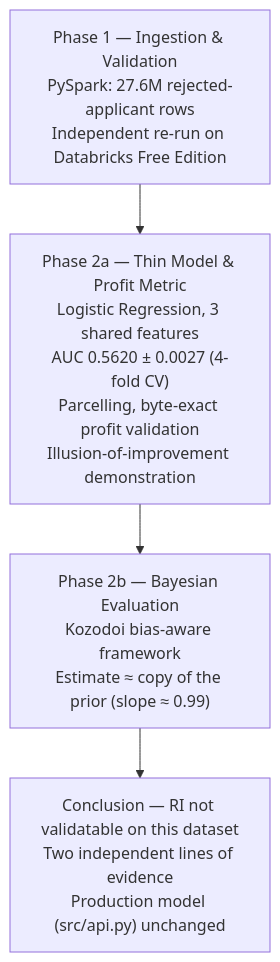
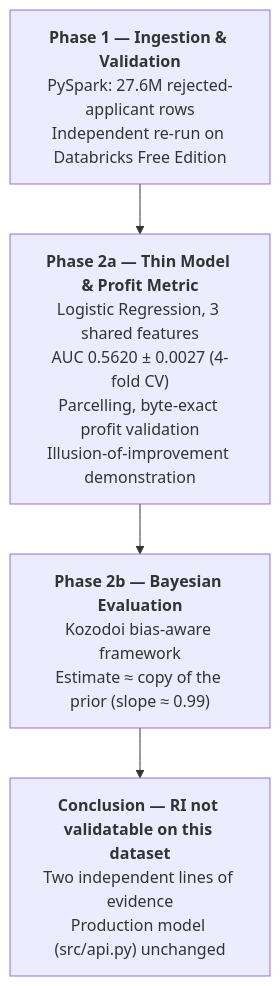
One commit to MateusFPavan/credit-default-prediction-lendingclub changed the diagram in README.md. Above: the diagram before and after it, drawn with Mermaid.

Commit message:
docs: fix mermaid line breaks for GitHub rendering consistency

````diff
--- a/README.md
+++ b/README.md
@@ -153,6 +153,16 @@
 ```mermaid
 flowchart TD
-    A["Phase 1 — Ingestion & Validation<br/>PySpark: 27.6M rejected-applicant rows<br/>Independent re-run on Databricks Free Edition"] --> B["Phase 2a — Thin Model & Profit Metric<br/>Logistic Regression, 3 shared features<br/>AUC 0.5620 ± 0.0027 (4-fold CV)<br/>Parcelling, byte-exact profit validation<br/>Illusion-of-improvement demonstration"]
-    B --> C["Phase 2b — Bayesian Evaluation<br/>Kozodoi bias-aware framework<br/>Estimate ≈ copy of the prior (slope ≈ 0.99)"]
-    C --> D["Conclusion — RI not validatable on this dataset<br/>Two independent lines of evidence<br/>Production model (src/api.py) unchanged"]
+    A["`**Phase 1 — Ingestion & Validation**
+    PySpark: 27.6M rejected-applicant rows
+    Independent re-run on Databricks Free Edition`"] --> B["`**Phase 2a — Thin Model & Profit Metric**
+    Logistic Regression, 3 shared features
+    AUC 0.5620 ± 0.0027 (4-fold CV)
+    Parcelling, byte-exact profit validation
+    Illusion-of-improvement demonstration`"]
+    B --> C["`**Phase 2b — Bayesian Evaluation**
+    Kozodoi bias-aware framework
+    Estimate ≈ copy of the prior (slope ≈ 0.99)`"]
+    C --> D["`**Conclusion — RI not validatable on this dataset**
+    Two independent lines of evidence
+    Production model (src/api.py) unchanged`"]
 ```
````
